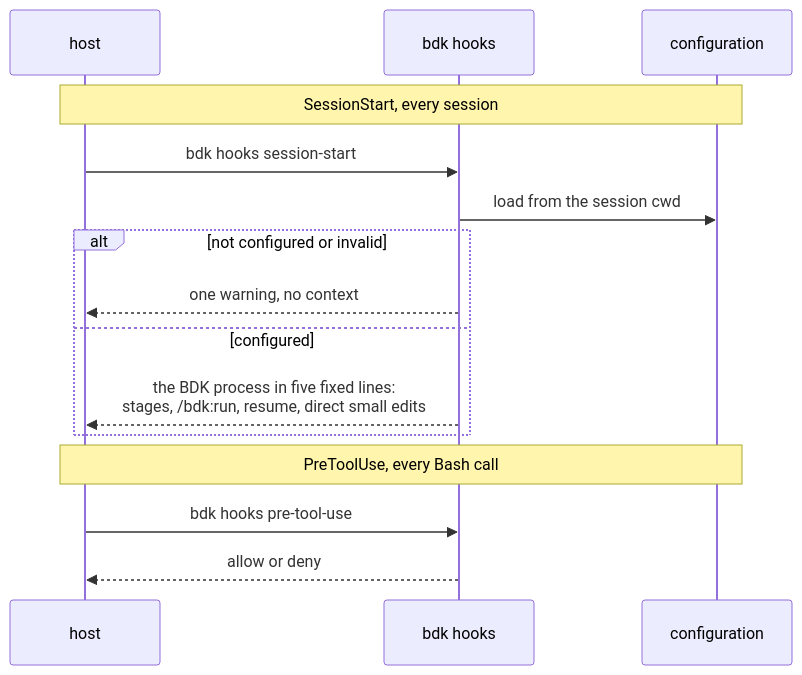
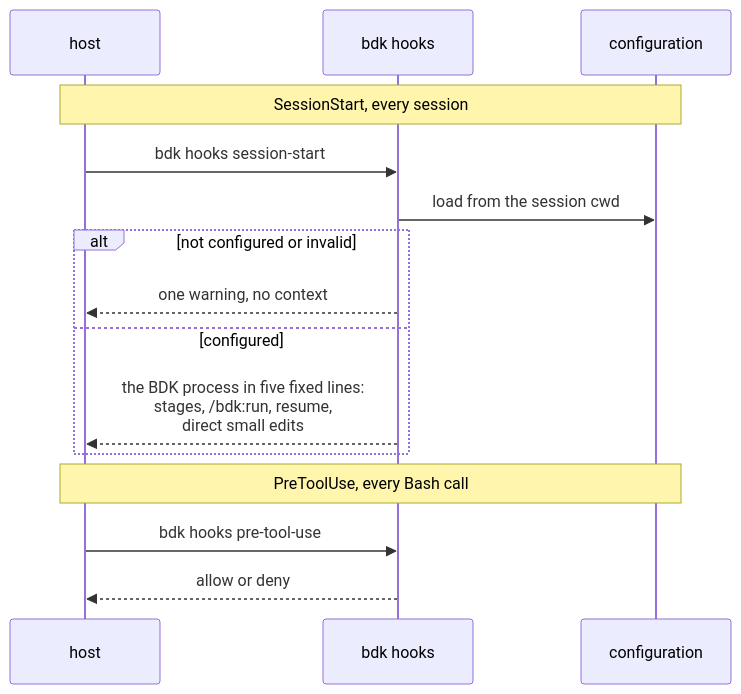
One commit to broneq/bdk changed the fifth of 6 diagrams in docs/concepts/cli-config-hooks.md. Above: the diagram before and after it, drawn with Mermaid. The commit also changed 10 other files, not shown here.

First line of the commit message:
fix(docs): keep sequence diagram names whole

````diff
--- a/docs/concepts/cli-config-hooks.md
+++ b/docs/concepts/cli-config-hooks.md
@@ -155,17 +155,17 @@
 ```mermaid
 sequenceDiagram
   participant H as host
   participant B as bdk hooks
   participant C as configuration
   Note over H,C: SessionStart, every session
   H->>B: bdk hooks session-start
   B->>C: load from the session cwd
   alt not configured or invalid
     B-->>H: one warning, no context
   else configured
-    B-->>H: the BDK process in five fixed lines:<br/>stages, /bdk:run, resume, direct small edits
+    B-->>H: the BDK process in five fixed lines:<br/>stages, /bdk:run, resume,<br/>direct small edits
   end
   Note over H,C: PreToolUse, every Bash call
   H->>B: bdk hooks pre-tool-use
   B-->>H: allow or deny
 ```
````
